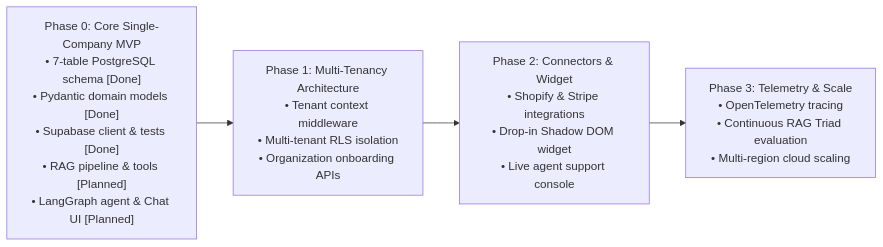
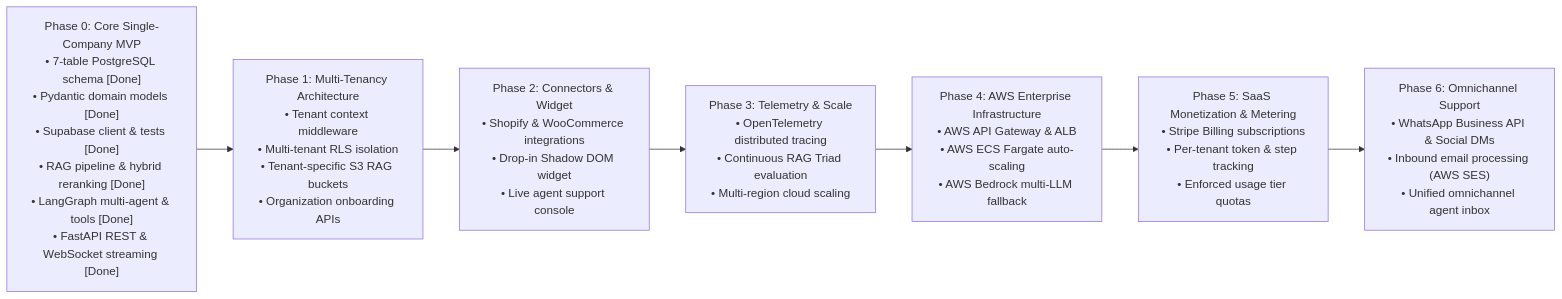
One commit to princeVerma73/ResolveX changed the ninth of 9 diagrams in docs/architecture.md. Above: the diagram before and after it, drawn with Mermaid. The commit also changed other lines of this file, not shown here.

Commit message:
docs: add comprehensive system architecture and technical design reference

````diff
--- a/docs/architecture.md
+++ b/docs/architecture.md
@@ -753,12 +866,18 @@
 ```mermaid
 flowchart LR
-    Phase0["Phase 0: Core Single-Company MVP\n• 7-table PostgreSQL schema [Done]\n• Pydantic domain models [Done]\n• Supabase client & tests [Done]\n• RAG pipeline & tools [Planned]\n• LangGraph agent & Chat UI [Planned]"]
+    Phase0["Phase 0: Core Single-Company MVP\n• 7-table PostgreSQL schema [Done]\n• Pydantic domain models [Done]\n• Supabase client & tests [Done]\n• RAG pipeline & hybrid reranking [Done]\n• LangGraph multi-agent & tools [Done]\n• FastAPI REST & WebSocket streaming [Done]"]
     
-    Phase1["Phase 1: Multi-Tenancy Architecture\n• Tenant context middleware\n• Multi-tenant RLS isolation\n• Organization onboarding APIs"]
+    Phase1["Phase 1: Multi-Tenancy Architecture\n• Tenant context middleware\n• Multi-tenant RLS isolation\n• Tenant-specific S3 RAG buckets\n• Organization onboarding APIs"]
     
-    Phase2["Phase 2: Connectors & Widget\n• Shopify & Stripe integrations\n• Drop-in Shadow DOM widget\n• Live agent support console"]
+    Phase2["Phase 2: Connectors & Widget\n• Shopify & WooCommerce integrations\n• Drop-in Shadow DOM widget\n• Live agent support console"]
     
-    Phase3["Phase 3: Telemetry & Scale\n• OpenTelemetry tracing\n• Continuous RAG Triad evaluation\n• Multi-region cloud scaling"]
+    Phase3["Phase 3: Telemetry & Scale\n• OpenTelemetry distributed tracing\n• Continuous RAG Triad evaluation\n• Multi-region cloud scaling"]
 
-    Phase0 --> Phase1 --> Phase2 --> Phase3
+    Phase4["Phase 4: AWS Enterprise Infrastructure\n• AWS API Gateway & ALB\n• AWS ECS Fargate auto-scaling\n• AWS Bedrock multi-LLM fallback"]
+
+    Phase5["Phase 5: SaaS Monetization & Metering\n• Stripe Billing subscriptions\n• Per-tenant token & step tracking\n• Enforced usage tier quotas"]
+
+    Phase6["Phase 6: Omnichannel Support\n• WhatsApp Business API & Social DMs\n• Inbound email processing (AWS SES)\n• Unified omnichannel agent inbox"]
+
+    Phase0 --> Phase1 --> Phase2 --> Phase3 --> Phase4 --> Phase5 --> Phase6
 ```
````
